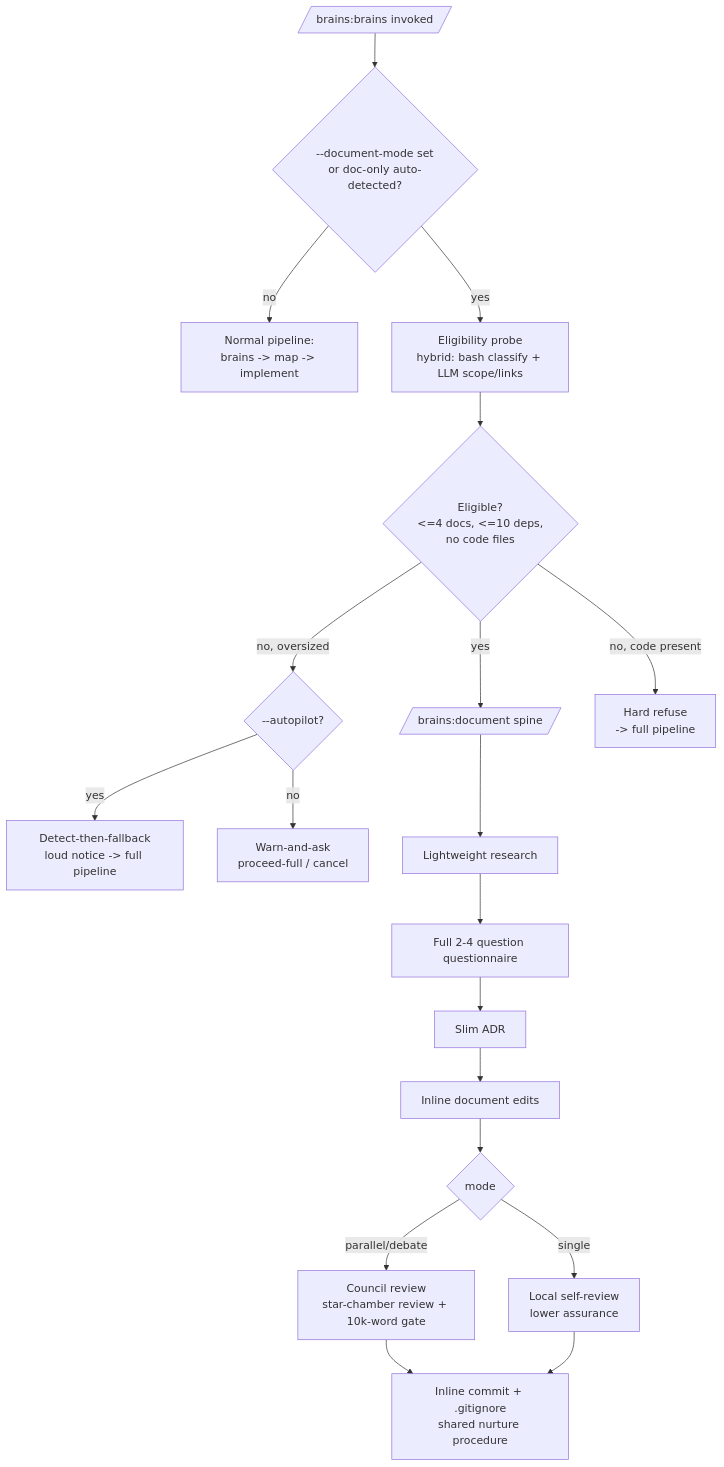
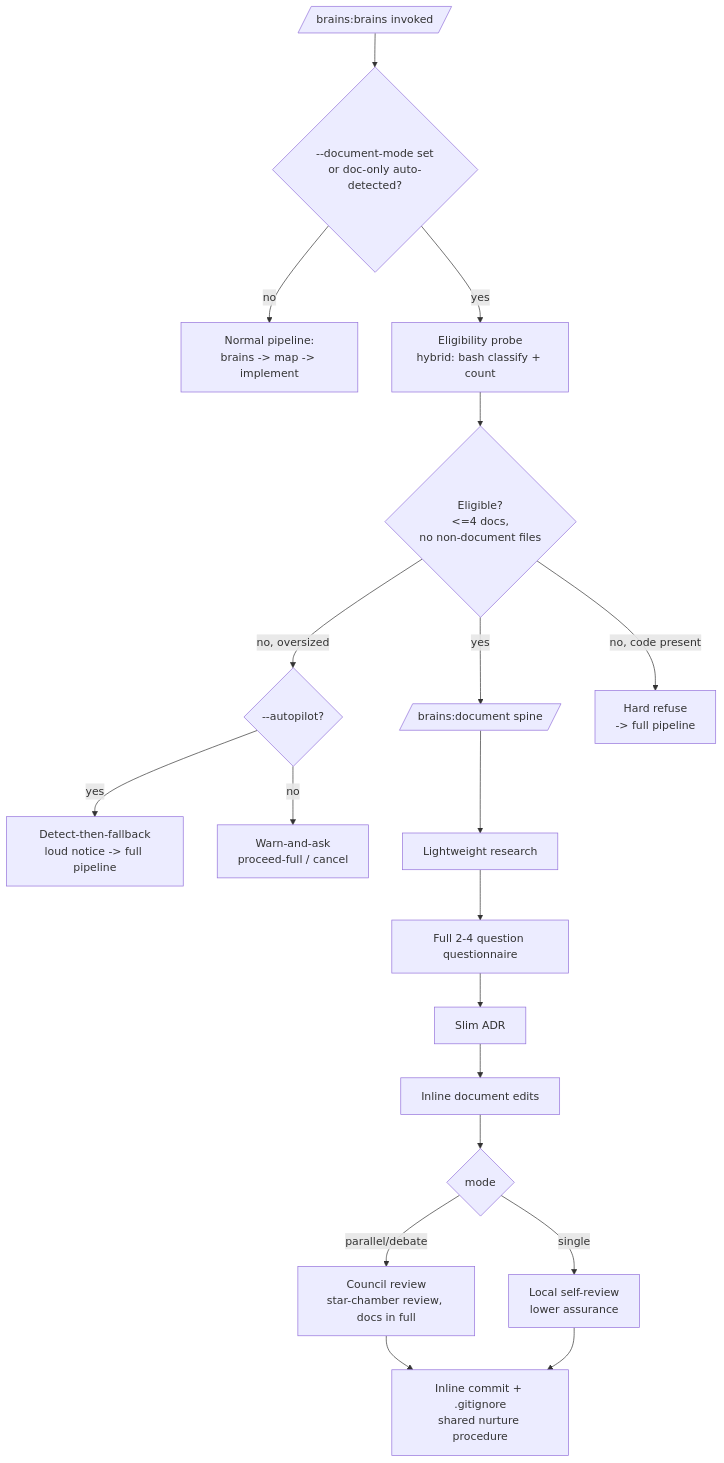
Before and after one commit to Epiphytic/brains: the diagram in docs/adr/2026-05-23-006-brains-document-mode.md, drawn with Mermaid. The commit also changed other lines of this file and 8 other files, not shown here.

First line of the commit message:
refactor(document): simplify eligibility + council review

````diff
--- a/docs/adr/2026-05-23-006-brains-document-mode.md
+++ b/docs/adr/2026-05-23-006-brains-document-mode.md
@@ -115,21 +115,21 @@
 ```mermaid
 flowchart TD
     A[/brains:brains invoked/] --> B{--document-mode set\nor doc-only auto-detected?}
     B -- no --> Z[Normal pipeline:\nbrains -> map -> implement]
-    B -- yes --> C[Eligibility probe\nhybrid: bash classify + LLM scope/links]
-    C --> D{Eligible?\n<=4 docs, <=10 deps,\nno code files}
+    B -- yes --> C[Eligibility probe\nhybrid: bash classify + count]
+    C --> D{Eligible?\n<=4 docs,\nno non-document files}
     D -- yes --> E[/brains:document spine/]
     D -- no, oversized --> F{--autopilot?}
     D -- no, code present --> G[Hard refuse\n-> full pipeline]
     F -- yes --> H[Detect-then-fallback\nloud notice -> full pipeline]
     F -- no --> I[Warn-and-ask\nproceed-full / cancel]
     E --> J[Lightweight research]
     J --> K[Full 2-4 question questionnaire]
     K --> L[Slim ADR]
     L --> M[Inline document edits]
     M --> N{mode}
-    N -- parallel/debate --> O[Council review\nstar-chamber review + 10k-word gate]
+    N -- parallel/debate --> O[Council review\nstar-chamber review, docs in full]
     N -- single --> P[Local self-review\nlower assurance]
     O --> Q[Inline commit + .gitignore\nshared nurture procedure]
     P --> Q
 ```
````
